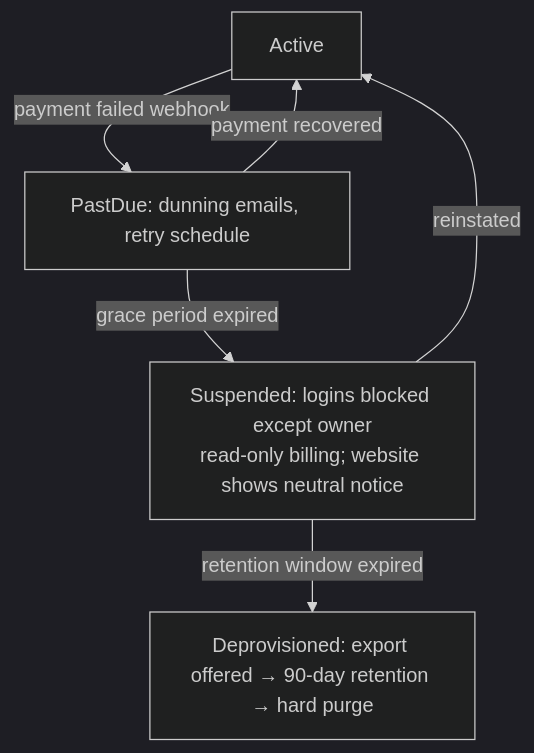
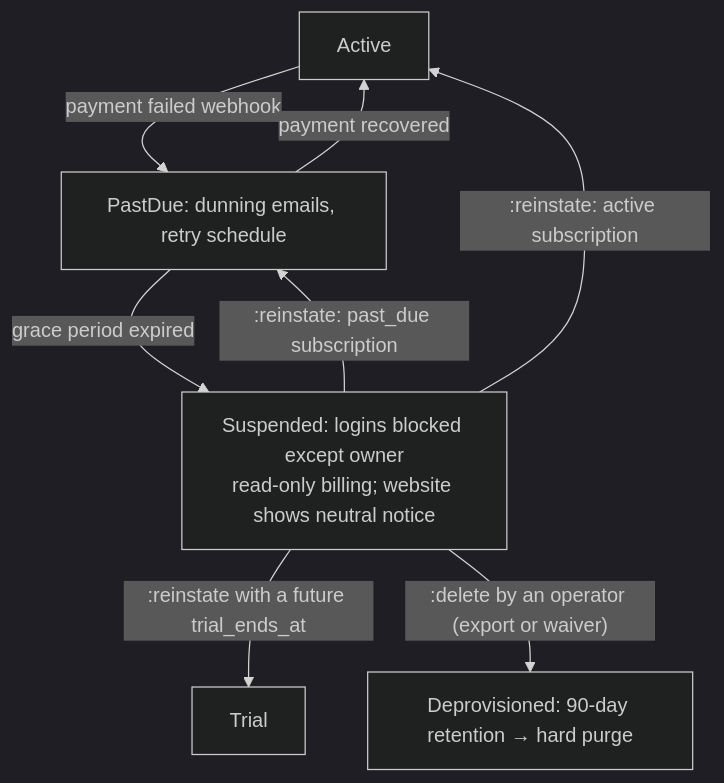
Before and after one commit to sameer-sultan41/schoolhub: the second of 2 diagrams in docs/03-modules/platform-admin.md, drawn with Mermaid (dark theme). The commit also changed other lines of this file and 12 other files, not shown here.

````diff
--- a/docs/03-modules/platform-admin.md
+++ b/docs/03-modules/platform-admin.md
@@ -89,8 +89,10 @@
 ```mermaid
 flowchart TD
     A[Active] -- payment failed webhook --> B[PastDue: dunning emails, retry schedule]
     B -- payment recovered --> A
     B -- grace period expired --> C[Suspended: logins blocked except owner<br/>read-only billing; website shows neutral notice]
-    C -- reinstated --> A
-    C -- retention window expired --> D[Deprovisioned: export offered → 90-day retention → hard purge]
+    C -- ":reinstate: active subscription" --> A
+    C -- ":reinstate: past_due subscription" --> B
+    C -- ":reinstate with a future trial_ends_at" --> T[Trial]
+    C -- ":delete by an operator (export or waiver)" --> D[Deprovisioned: 90-day retention → hard purge]
 ```
````
